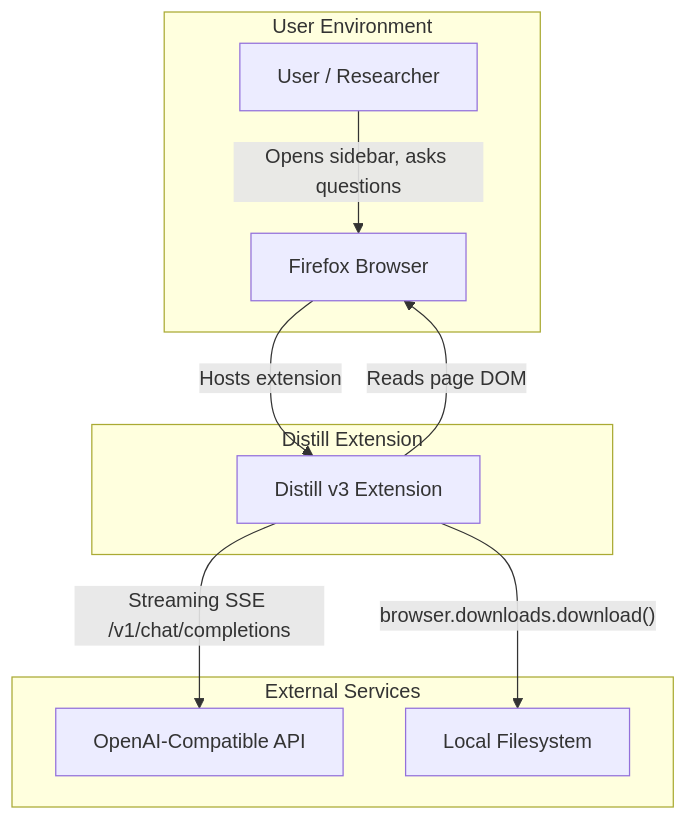
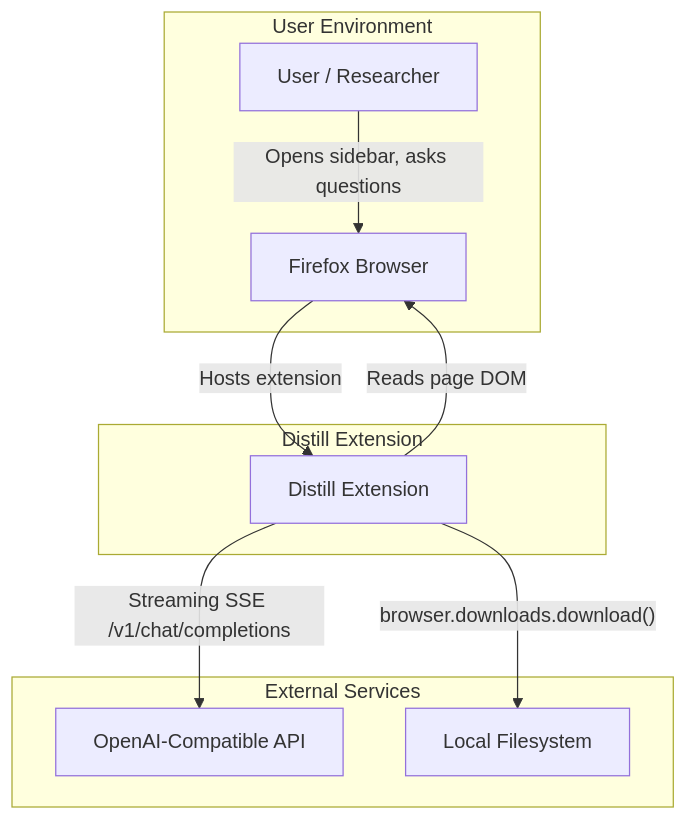
The first of 7 diagrams in README.md (dstaulcu/distill), drawn with Mermaid before and after one commit. The commit also changed other lines of this file, not shown here.

````diff
--- a/README.md
+++ b/README.md
@@ -63,22 +67,22 @@
 ```mermaid
 graph TB
     subgraph "User Environment"
         User[User / Researcher]
         Firefox[Firefox Browser]
     end
 
     subgraph "Distill Extension"
-        EXT[Distill v3 Extension]
+        EXT[Distill Extension]
     end
 
     subgraph "External Services"
         AI[OpenAI-Compatible API]
         FS[Local Filesystem]
     end
 
     User -->|"Opens sidebar, asks questions"| Firefox
     Firefox -->|"Hosts extension"| EXT
     EXT -->|"Streaming SSE /v1/chat/completions"| AI
     EXT -->|"browser.downloads.download()"| FS
     EXT -->|"Reads page DOM"| Firefox
 ```
````
